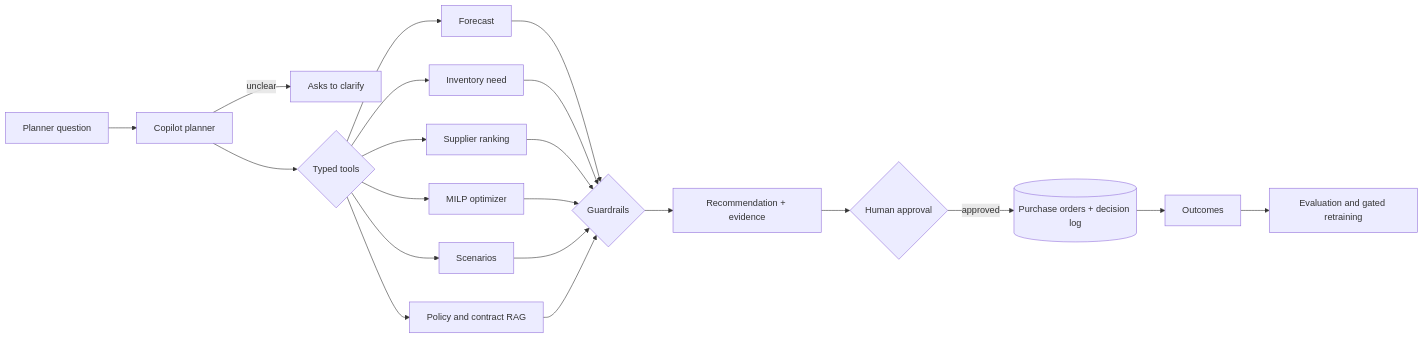
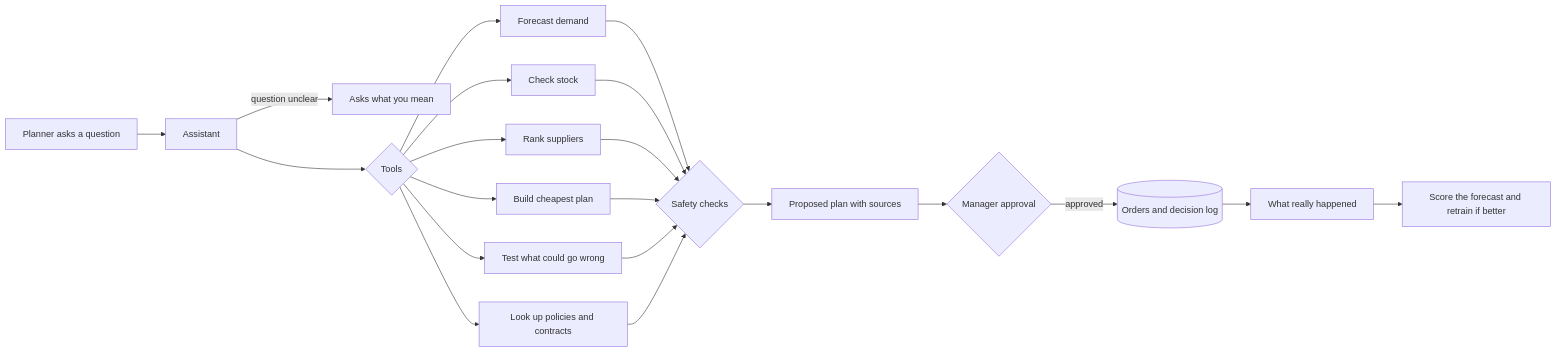
Before and after one commit to khoahonguyen0210/AI_Supply_Chain: the diagram in README.md, drawn with Mermaid. The commit also changed other lines of this file and 146 other files, not shown here.

````diff
--- a/README.md
+++ b/README.md
@@ -59,17 +80,17 @@
 ```mermaid
 flowchart LR
-    Q[Planner question] --> A[Copilot planner]
-    A -->|unclear| CL[Asks to clarify]
-    A --> T{Typed tools}
-    T --> FC[Forecast]
-    T --> IN[Inventory need]
-    T --> SU[Supplier ranking]
-    T --> OP[MILP optimizer]
-    T --> SC[Scenarios]
-    T --> RG[Policy and contract RAG]
-    FC & IN & SU & OP & SC & RG --> G{Guardrails}
-    G --> R[Recommendation + evidence]
-    R --> AP{Human approval}
-    AP -->|approved| PO[(Purchase orders + decision log)]
-    PO --> OUT[Outcomes] --> EV[Evaluation and gated retraining]
+    Q[Planner asks a question] --> A[Assistant]
+    A -->|question unclear| CL[Asks what you mean]
+    A --> T{Tools}
+    T --> FC[Forecast demand]
+    T --> IN[Check stock]
+    T --> SU[Rank suppliers]
+    T --> OP[Build cheapest plan]
+    T --> SC[Test what could go wrong]
+    T --> RG[Look up policies and contracts]
+    FC & IN & SU & OP & SC & RG --> G{Safety checks}
+    G --> R[Proposed plan with sources]
+    R --> AP{Manager approval}
+    AP -->|approved| PO[(Orders and decision log)]
+    PO --> OUT[What really happened] --> EV[Score the forecast and retrain if better]
 ```
````
